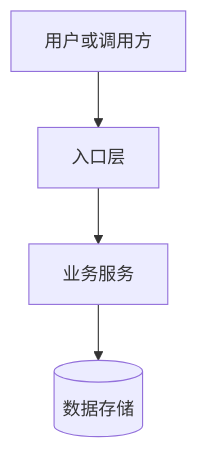
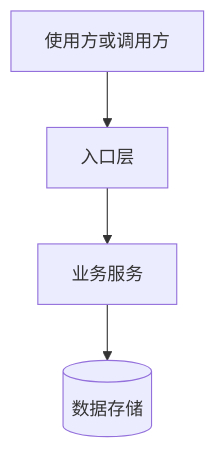
Before and after one commit to JimmyVGDY/codex-long-term-assistant-skills: the second of 2 diagrams in skills/technical-document-writing/assets/templates/ARCHITECTURE_DESIGN.template.md, drawn with Mermaid. The commit also changed other lines of this file and 10 other files, not shown here.

````diff
--- a/skills/technical-document-writing/assets/templates/ARCHITECTURE_DESIGN.template.md
+++ b/skills/technical-document-writing/assets/templates/ARCHITECTURE_DESIGN.template.md
@@ -34,6 +34,6 @@
 ```mermaid
 flowchart TB
-    U[用户或调用方] --> G[入口层]
+    U[使用方或调用方] --> G[入口层]
     G --> S[业务服务]
     S --> D[(数据存储)]
 ```
````
